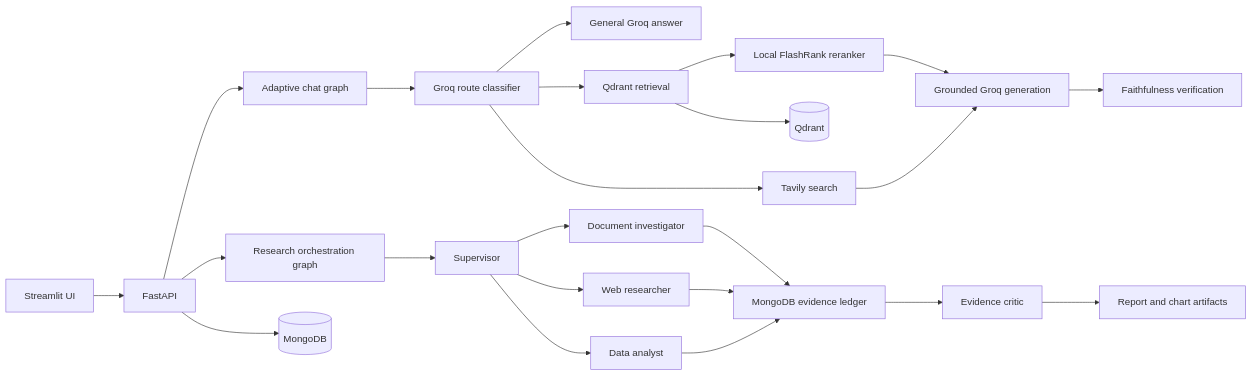
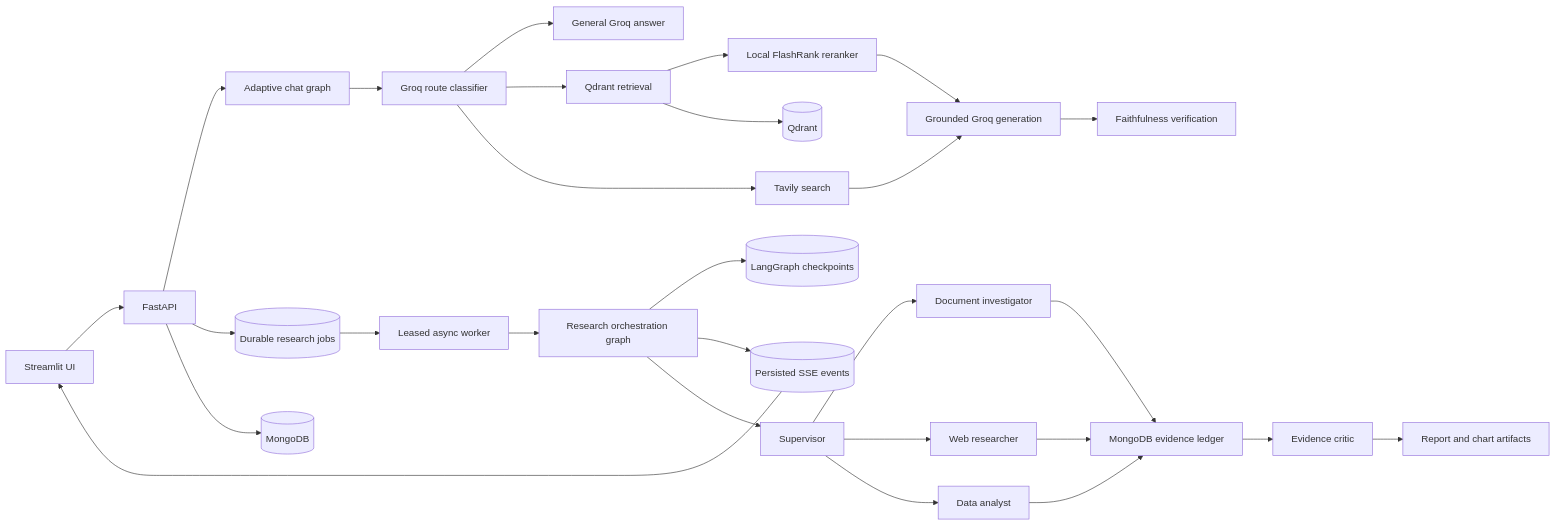
Before and after one commit to DeveshJha-00/multi-agent-research-workspace: the diagram in README.md, drawn with Mermaid. The commit also changed other lines of this file and 20 other files, not shown here.

Commit message:
feat: add durable async research orchestration

````diff
--- a/README.md
+++ b/README.md
@@ -67,28 +81,33 @@
 ```mermaid
 flowchart LR
     UI[Streamlit UI] --> API[FastAPI]
 
     API --> CHAT[Adaptive chat graph]
     CHAT --> CLASSIFY[Groq route classifier]
     CLASSIFY --> GENERAL[General Groq answer]
     CLASSIFY --> RAG[Qdrant retrieval]
     CLASSIFY --> WEB[Tavily search]
     RAG --> RERANK[Local FlashRank reranker]
     RERANK --> GENERATE[Grounded Groq generation]
     WEB --> GENERATE
     GENERATE --> VERIFY[Faithfulness verification]
 
-    API --> RESEARCH[Research orchestration graph]
+    API --> JOBS[(Durable research jobs)]
+    JOBS --> WORKER[Leased async worker]
+    WORKER --> RESEARCH[Research orchestration graph]
+    RESEARCH --> CHECKPOINTS[(LangGraph checkpoints)]
+    RESEARCH --> EVENTS[(Persisted SSE events)]
+    EVENTS --> UI
     RESEARCH --> SUPERVISOR[Supervisor]
     SUPERVISOR --> DOC[Document investigator]
     SUPERVISOR --> WEBAGENT[Web researcher]
     SUPERVISOR --> DATA[Data analyst]
     DOC --> LEDGER[MongoDB evidence ledger]
     WEBAGENT --> LEDGER
     DATA --> LEDGER
     LEDGER --> CRITIC[Evidence critic]
     CRITIC --> REPORT[Report and chart artifacts]
 
     RAG --> QDRANT[(Qdrant)]
     API --> MONGO[(MongoDB)]
 ```
````
